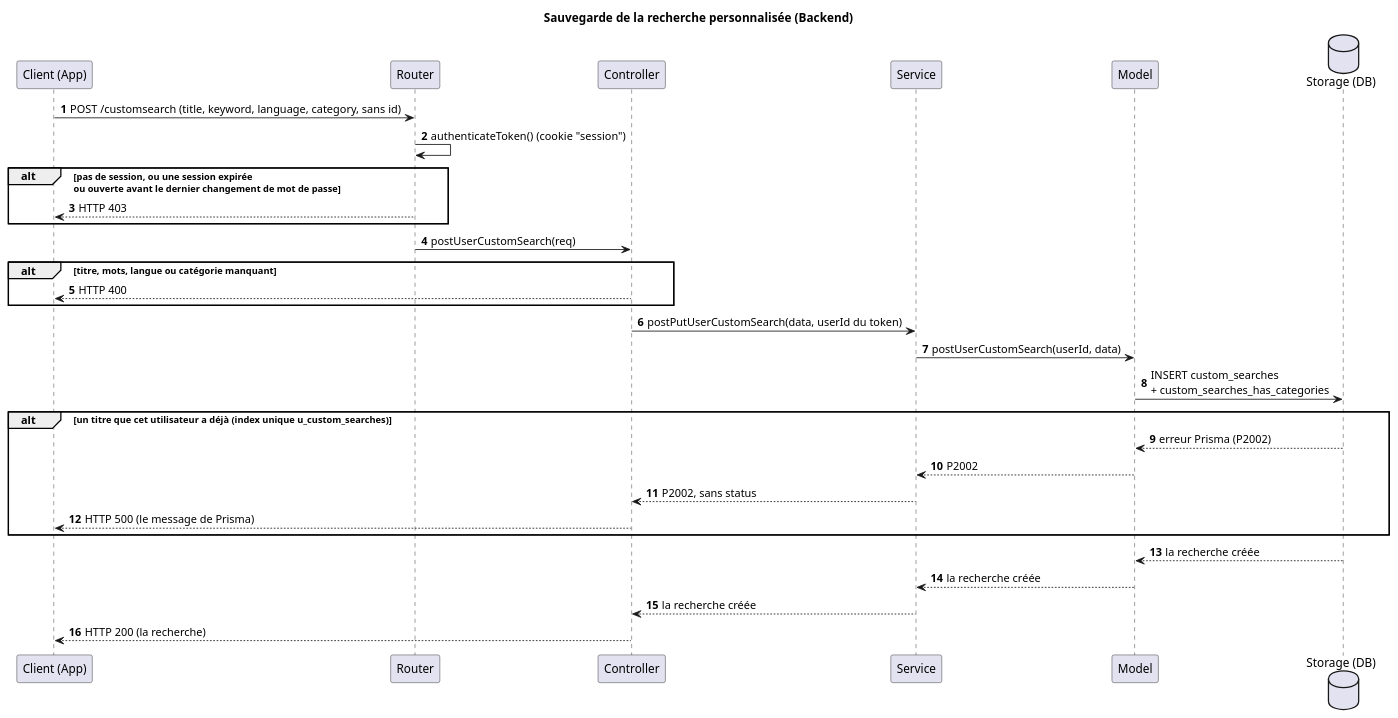
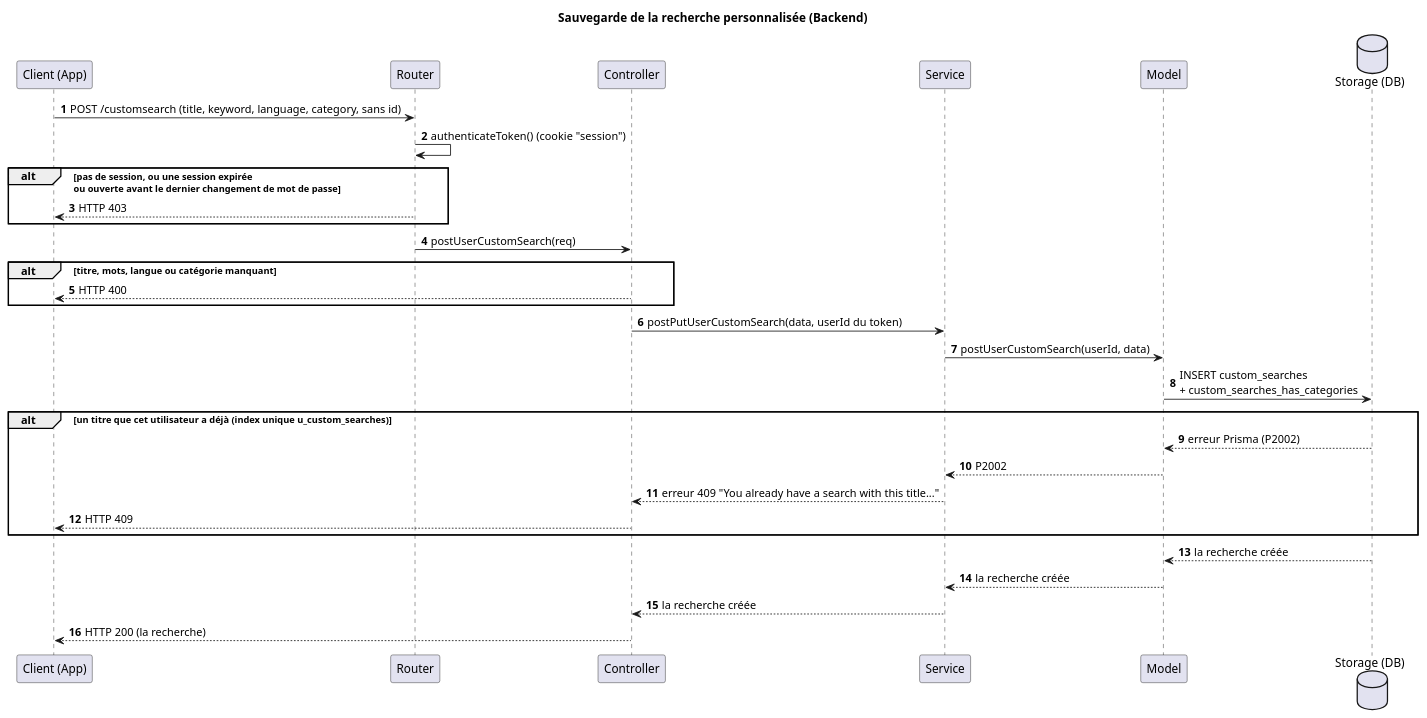
One commit to TPI2026-NewsGenerator/NewsGenerator-Backend changed the diagram in docs/search/saved-searches/search-history-save-diagram.puml. Above: the diagram before and after it, drawn with PlantUML. The commit also changed 223 other files, not shown here.

```diff
--- a/docs/search/saved-searches/search-history-save-diagram.puml
+++ b/docs/search/saved-searches/search-history-save-diagram.puml
@@ -1,35 +1,35 @@
 @startuml
 title Sauvegarde de la recherche personnalisée (Backend)
 autonumber
 
 participant "Client (App)" as Client
 participant "Router" as Router
 participant "Controller" as Controller
 participant "Service" as Service
 participant "Model" as Model
 database "Storage (DB)" as Storage
 
 Client -> Router : POST /customsearch (title, keyword, language, category, sans id)
 Router -> Router : authenticateToken() (cookie "session")
 alt pas de session, ou une session expirée\nou ouverte avant le dernier changement de mot de passe
     Router --> Client : HTTP 403
 end
 Router -> Controller : postUserCustomSearch(req)
 alt titre, mots, langue ou catégorie manquant
     Controller --> Client : HTTP 400
 end
 Controller -> Service : postPutUserCustomSearch(data, userId du token)
 Service -> Model : postUserCustomSearch(userId, data)
 Model -> Storage : INSERT custom_searches\n+ custom_searches_has_categories
 alt un titre que cet utilisateur a déjà (index unique u_custom_searches)
     Storage --> Model : erreur Prisma (P2002)
     Model --> Service : P2002
-    Service --> Controller : P2002, sans status
-    Controller --> Client : HTTP 500 (le message de Prisma)
+    Service --> Controller : erreur 409 "You already have a search with this title..."
+    Controller --> Client : HTTP 409
 end
 Storage --> Model : la recherche créée
 Model --> Service : la recherche créée
 Service --> Controller : la recherche créée
 Controller --> Client : HTTP 200 (la recherche)
 
 @enduml
```
